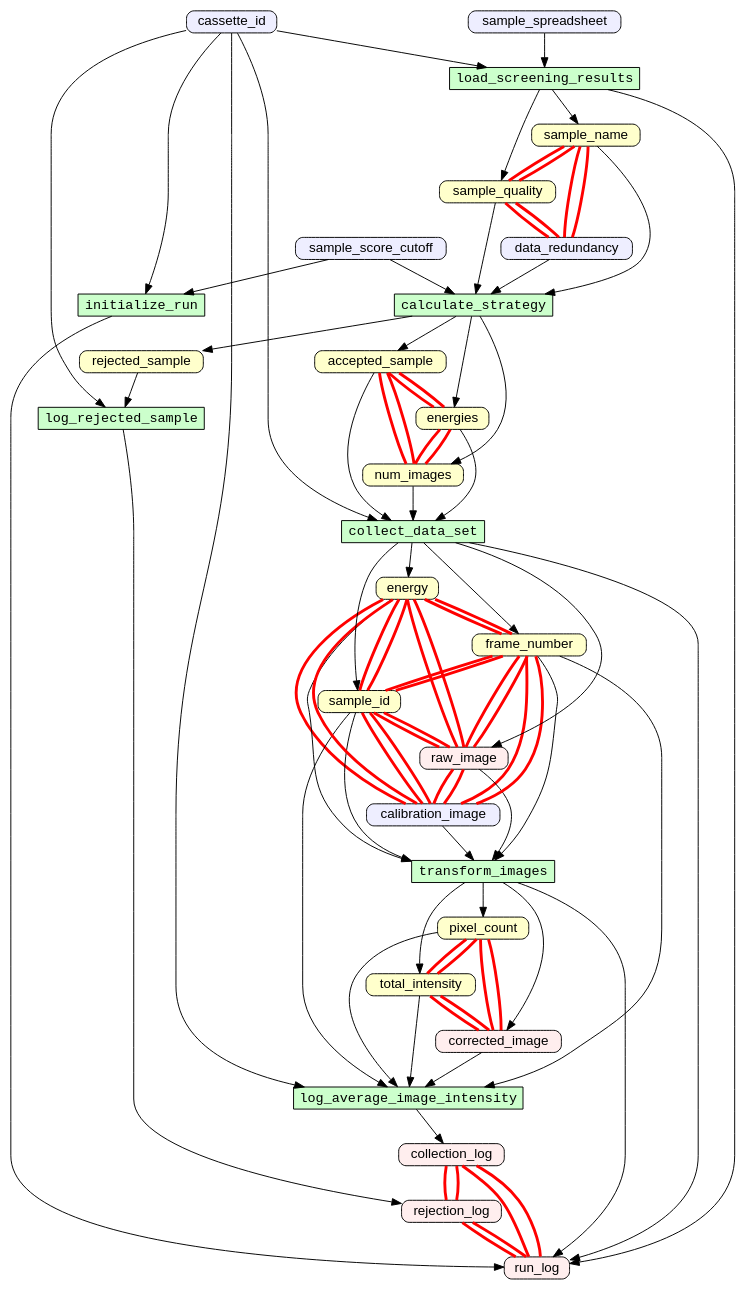
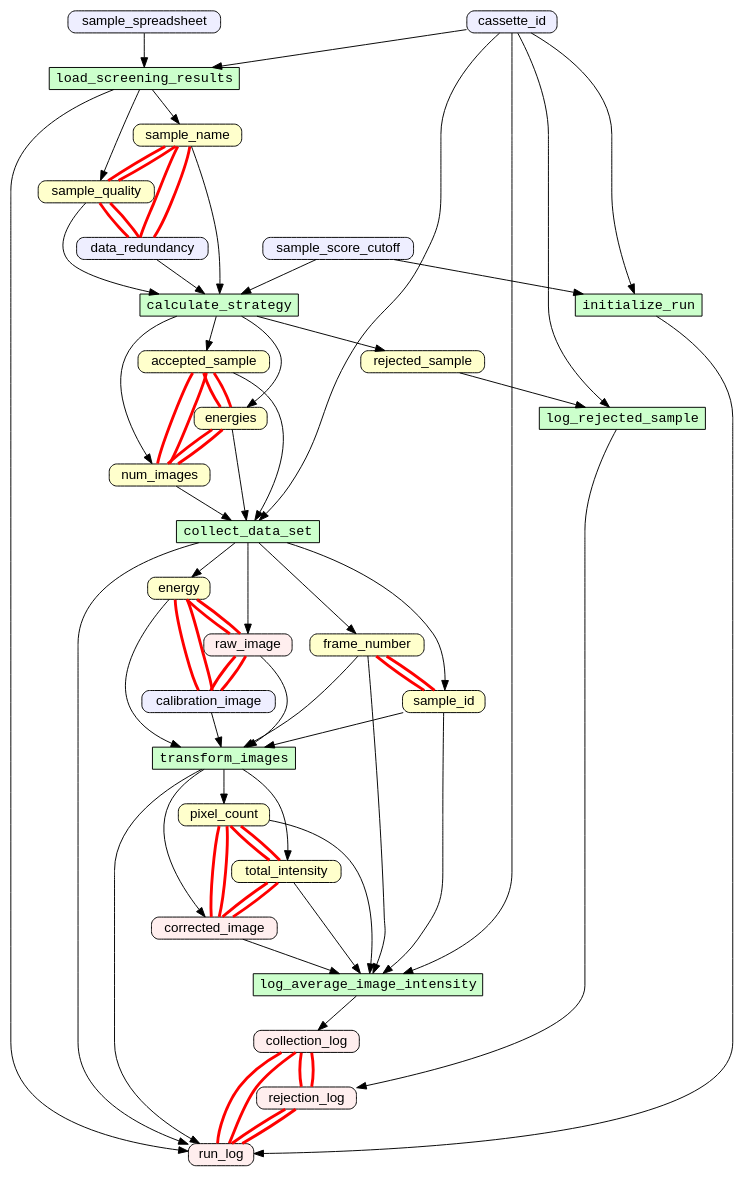
One commit to yesworkflow-org/yw-tapp-17-assert changed the diagram in toy-examples/examples/simulate_data_collection/g.gv. Above: the diagram before and after it, drawn with Graphviz. The commit also changed 3 other files, not shown here.

```diff
--- a/toy-examples/examples/simulate_data_collection/g.gv
+++ b/toy-examples/examples/simulate_data_collection/g.gv
@@ -1,121 +1,109 @@
 digraph {
 rankdir=TB
 node [shape=box,fontname=Helvetica,fontsize=14,height=0,width=0]
 edge [fontname=Helvetica,fontsize=12]
 "accepted_sample"[style="filled,rounded" fillcolor="#FFFFCC",label="accepted_sample"]
 "energies"[style="filled,rounded" fillcolor="#FFFFCC",label="energies"]
 "energy"[style="filled,rounded" fillcolor="#FFFFCC",label="energy"]
 "frame_number"[style="filled,rounded" fillcolor="#FFFFCC",label="frame_number"]
 "num_images"[style="filled,rounded" fillcolor="#FFFFCC",label="num_images"]
 "pixel_count"[style="filled,rounded" fillcolor="#FFFFCC",label="pixel_count"]
 "rejected_sample"[style="filled,rounded" fillcolor="#FFFFCC",label="rejected_sample"]
 "sample_id"[style="filled,rounded" fillcolor="#FFFFCC",label="sample_id"]
 "sample_name"[style="filled,rounded" fillcolor="#FFFFCC",label="sample_name"]
 "sample_quality"[style="filled,rounded" fillcolor="#FFFFCC",label="sample_quality"]
 "total_intensity"[style="filled,rounded" fillcolor="#FFFFCC",label="total_intensity"]
 "collection_log"[style="filled,rounded" fillcolor="#FFEEEE",label="collection_log"]
 "corrected_image"[style="filled,rounded" fillcolor="#FFEEEE",label="corrected_image"]
 "raw_image"[style="filled,rounded" fillcolor="#FFEEEE",label="raw_image"]
 "rejection_log"[style="filled,rounded" fillcolor="#FFEEEE",label="rejection_log"]
 "run_log"[style="filled,rounded" fillcolor="#FFEEEE",label="run_log"]
 "calibration_image"[style="filled,rounded" fillcolor="#EEEEFF",label="calibration_image"]
 "cassette_id"[style="filled,rounded" fillcolor="#EEEEFF",label="cassette_id"]
 "data_redundancy"[style="filled,rounded" fillcolor="#EEEEFF",label="data_redundancy"]
 "sample_score_cutoff"[style="filled,rounded" fillcolor="#EEEEFF",label="sample_score_cutoff"]
 "sample_spreadsheet"[style="filled,rounded" fillcolor="#EEEEFF",label="sample_spreadsheet"]
 "calculate_strategy"[style="filled" fontname=Courier fillcolor="#CCFFCC",label="calculate_strategy"]
 "collect_data_set"[style="filled" fontname=Courier fillcolor="#CCFFCC",label="collect_data_set"]
 "initialize_run"[style="filled" fontname=Courier fillcolor="#CCFFCC",label="initialize_run"]
 "load_screening_results"[style="filled" fontname=Courier fillcolor="#CCFFCC",label="load_screening_results"]
 "log_average_image_intensity"[style="filled" fontname=Courier fillcolor="#CCFFCC",label="log_average_image_intensity"]
 "log_rejected_sample"[style="filled" fontname=Courier fillcolor="#CCFFCC",label="log_rejected_sample"]
 "transform_images"[style="filled" fontname=Courier fillcolor="#CCFFCC",label="transform_images"]
 accepted_sample -> collect_data_set [color="#000000"]
 calculate_strategy -> accepted_sample [color="#000000"]
 calculate_strategy -> energies [color="#000000"]
 calculate_strategy -> num_images [color="#000000"]
 calculate_strategy -> rejected_sample [color="#000000"]
 calibration_image -> transform_images [color="#000000"]
 cassette_id -> collect_data_set [color="#000000"]
 cassette_id -> initialize_run [color="#000000"]
 cassette_id -> load_screening_results [color="#000000"]
 cassette_id -> log_average_image_intensity [color="#000000"]
 cassette_id -> log_rejected_sample [color="#000000"]
 collect_data_set -> energy [color="#000000"]
 collect_data_set -> frame_number [color="#000000"]
 collect_data_set -> raw_image [color="#000000"]
 collect_data_set -> run_log [color="#000000"]
 collect_data_set -> sample_id [color="#000000"]
 corrected_image -> log_average_image_intensity [color="#000000"]
 data_redundancy -> calculate_strategy [color="#000000"]
 energies -> collect_data_set [color="#000000"]
 energy -> transform_images [color="#000000"]
 frame_number -> log_average_image_intensity [color="#000000"]
 frame_number -> transform_images [color="#000000"]
 initialize_run -> run_log [color="#000000"]
 load_screening_results -> run_log [color="#000000"]
 load_screening_results -> sample_name [color="#000000"]
 load_screening_results -> sample_quality [color="#000000"]
 log_average_image_intensity -> collection_log [color="#000000"]
 log_rejected_sample -> rejection_log [color="#000000"]
 num_images -> collect_data_set [color="#000000"]
 pixel_count -> log_average_image_intensity [color="#000000"]
 raw_image -> transform_images [color="#000000"]
 rejected_sample -> log_rejected_sample [color="#000000"]
 sample_id -> log_average_image_intensity [color="#000000"]
 sample_id -> transform_images [color="#000000"]
 sample_name -> calculate_strategy [color="#000000"]
 sample_quality -> calculate_strategy [color="#000000"]
 sample_score_cutoff -> calculate_strategy [color="#000000"]
 sample_score_cutoff -> initialize_run [color="#000000"]
 sample_spreadsheet -> load_screening_results [color="#000000"]
 total_intensity -> log_average_image_intensity [color="#000000"]
 transform_images -> corrected_image [color="#000000"]
 transform_images -> pixel_count [color="#000000"]
 transform_images -> run_log [color="#000000"]
 transform_images -> total_intensity [color="#000000"]
 accepted_sample -> energies [constraint=true color="#FF0000" dir=none penwidth=3]
 accepted_sample -> num_images [constraint=true color="#FF0000" dir=none penwidth=3]
 calibration_image -> energy [constraint=true color="#FF0000" dir=none penwidth=3]
-calibration_image -> frame_number [constraint=true color="#FF0000" dir=none penwidth=3]
 calibration_image -> raw_image [constraint=true color="#FF0000" dir=none penwidth=3]
-calibration_image -> sample_id [constraint=true color="#FF0000" dir=none penwidth=3]
 collection_log -> rejection_log [constraint=true color="#FF0000" dir=none penwidth=3]
 collection_log -> run_log [constraint=true color="#FF0000" dir=none penwidth=3]
 corrected_image -> pixel_count [constraint=true color="#FF0000" dir=none penwidth=3]
 corrected_image -> total_intensity [constraint=true color="#FF0000" dir=none penwidth=3]
 data_redundancy -> sample_name [constraint=true color="#FF0000" dir=none penwidth=3]
 data_redundancy -> sample_quality [constraint=true color="#FF0000" dir=none penwidth=3]
 energies -> accepted_sample [constraint=true color="#FF0000" dir=none penwidth=3]
 energies -> num_images [constraint=true color="#FF0000" dir=none penwidth=3]
 energy -> calibration_image [constraint=true color="#FF0000" dir=none penwidth=3]
-energy -> frame_number [constraint=true color="#FF0000" dir=none penwidth=3]
 energy -> raw_image [constraint=true color="#FF0000" dir=none penwidth=3]
-energy -> sample_id [constraint=true color="#FF0000" dir=none penwidth=3]
-frame_number -> calibration_image [constraint=true color="#FF0000" dir=none penwidth=3]
-frame_number -> energy [constraint=true color="#FF0000" dir=none penwidth=3]
-frame_number -> raw_image [constraint=true color="#FF0000" dir=none penwidth=3]
 frame_number -> sample_id [constraint=true color="#FF0000" dir=none penwidth=3]
 num_images -> accepted_sample [constraint=true color="#FF0000" dir=none penwidth=3]
 num_images -> energies [constraint=true color="#FF0000" dir=none penwidth=3]
 pixel_count -> corrected_image [constraint=true color="#FF0000" dir=none penwidth=3]
 pixel_count -> total_intensity [constraint=true color="#FF0000" dir=none penwidth=3]
 raw_image -> calibration_image [constraint=true color="#FF0000" dir=none penwidth=3]
 raw_image -> energy [constraint=true color="#FF0000" dir=none penwidth=3]
-raw_image -> frame_number [constraint=true color="#FF0000" dir=none penwidth=3]
-raw_image -> sample_id [constraint=true color="#FF0000" dir=none penwidth=3]
 rejection_log -> collection_log [constraint=true color="#FF0000" dir=none penwidth=3]
 rejection_log -> run_log [constraint=true color="#FF0000" dir=none penwidth=3]
 run_log -> collection_log [constraint=true color="#FF0000" dir=none penwidth=3]
 run_log -> rejection_log [constraint=true color="#FF0000" dir=none penwidth=3]
-sample_id -> calibration_image [constraint=true color="#FF0000" dir=none penwidth=3]
-sample_id -> energy [constraint=true color="#FF0000" dir=none penwidth=3]
 sample_id -> frame_number [constraint=true color="#FF0000" dir=none penwidth=3]
-sample_id -> raw_image [constraint=true color="#FF0000" dir=none penwidth=3]
 sample_name -> data_redundancy [constraint=true color="#FF0000" dir=none penwidth=3]
 sample_name -> sample_quality [constraint=true color="#FF0000" dir=none penwidth=3]
 sample_quality -> data_redundancy [constraint=true color="#FF0000" dir=none penwidth=3]
 sample_quality -> sample_name [constraint=true color="#FF0000" dir=none penwidth=3]
 total_intensity -> corrected_image [constraint=true color="#FF0000" dir=none penwidth=3]
 total_intensity -> pixel_count [constraint=true color="#FF0000" dir=none penwidth=3]
 }
```
